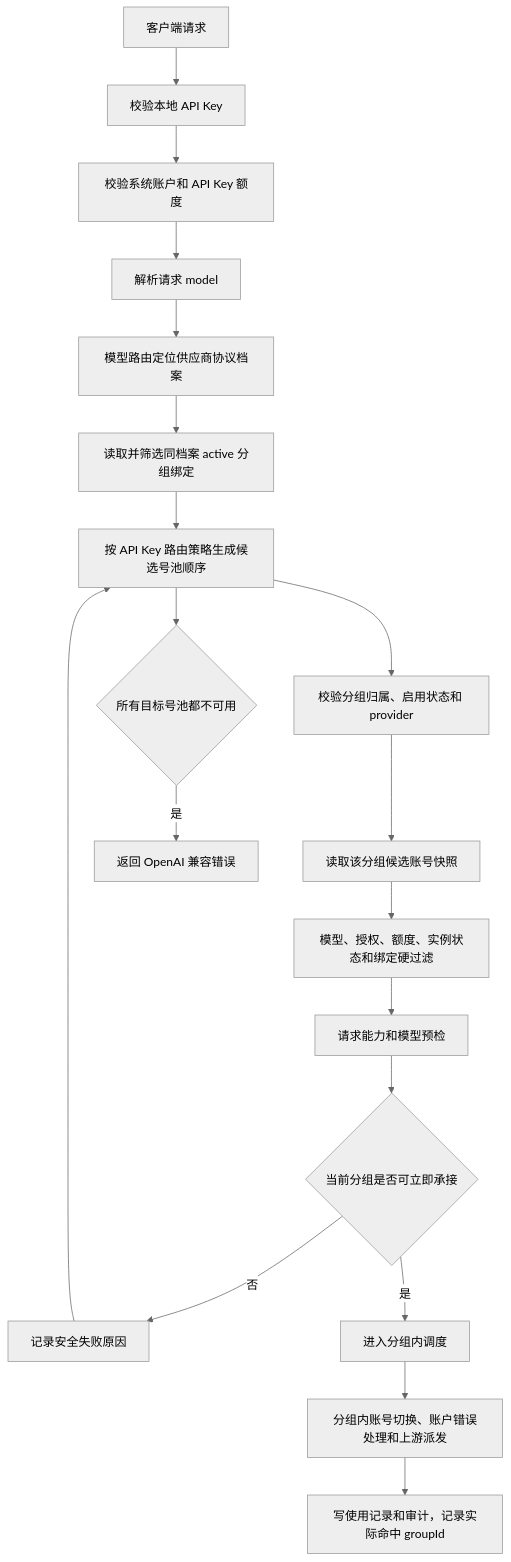
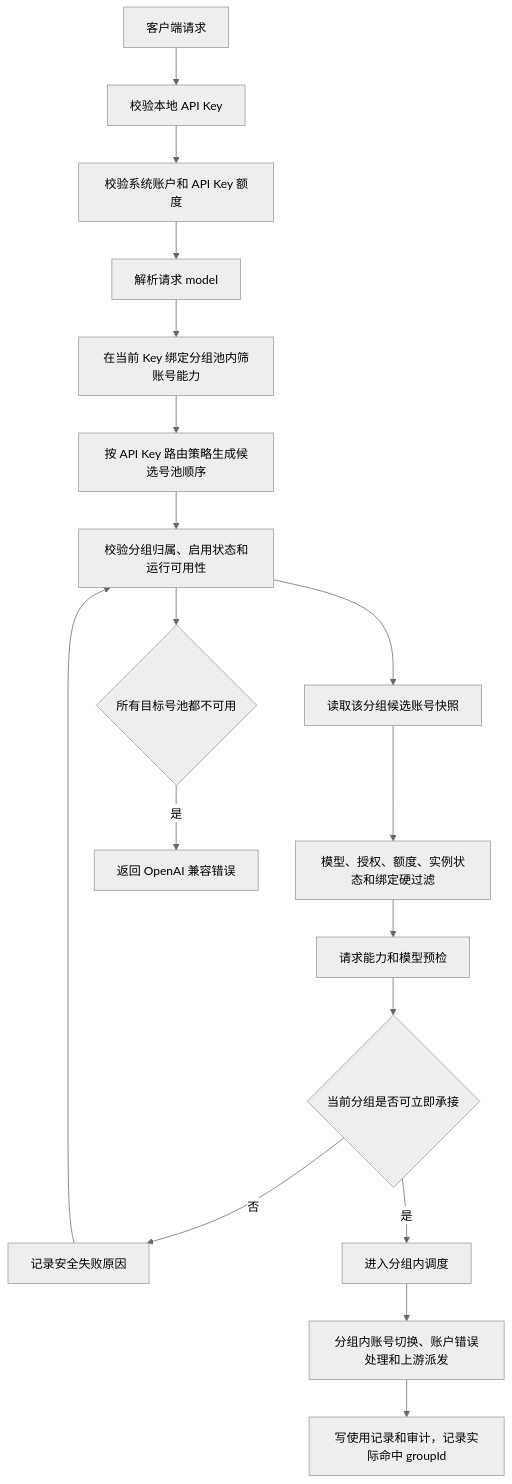
Before and after one commit to huanmin123/juhe-ai: the diagram in docs/functions/APIKey多分组路由设计.md, drawn with Mermaid (neutral theme). The commit also changed other lines of this file and 217 other files, not shown here.

````diff
--- a/docs/functions/APIKey多分组路由设计.md
+++ b/docs/functions/APIKey多分组路由设计.md
@@ -214,21 +231,20 @@
 ```mermaid
 flowchart TD
   A["客户端请求"] --> B["校验本地 API Key"]
   B --> C["校验系统账户和 API Key 额度"]
   C --> D["解析请求 model"]
-  D --> E["模型路由定位供应商协议档案"]
-  E --> F["读取并筛选同档案 active 分组绑定"]
-  F --> G["按 API Key 路由策略生成候选号池顺序"]
-  G --> H["校验分组归属、启用状态和 provider"]
-  H --> I["读取该分组候选账号快照"]
+  D --> E["在当前 Key 绑定分组池内筛账号能力"]
+  E --> F["按 API Key 路由策略生成候选号池顺序"]
+  F --> G["校验分组归属、启用状态和运行可用性"]
+  G --> I["读取该分组候选账号快照"]
   I --> J["模型、授权、额度、实例状态和绑定硬过滤"]
   J --> K["请求能力和模型预检"]
   K --> L{"当前分组是否可立即承接"}
   L -- "否" --> M["记录安全失败原因"]
   M --> G
   L -- "是" --> N["进入分组内调度"]
   N --> O["分组内账号切换、账户错误处理和上游派发"]
   O --> P["写使用记录和审计，记录实际命中 groupId"]
   G --> Q{"所有目标号池都不可用"}
   Q -- "是" --> R["返回 OpenAI 兼容错误"]
 ```
````
